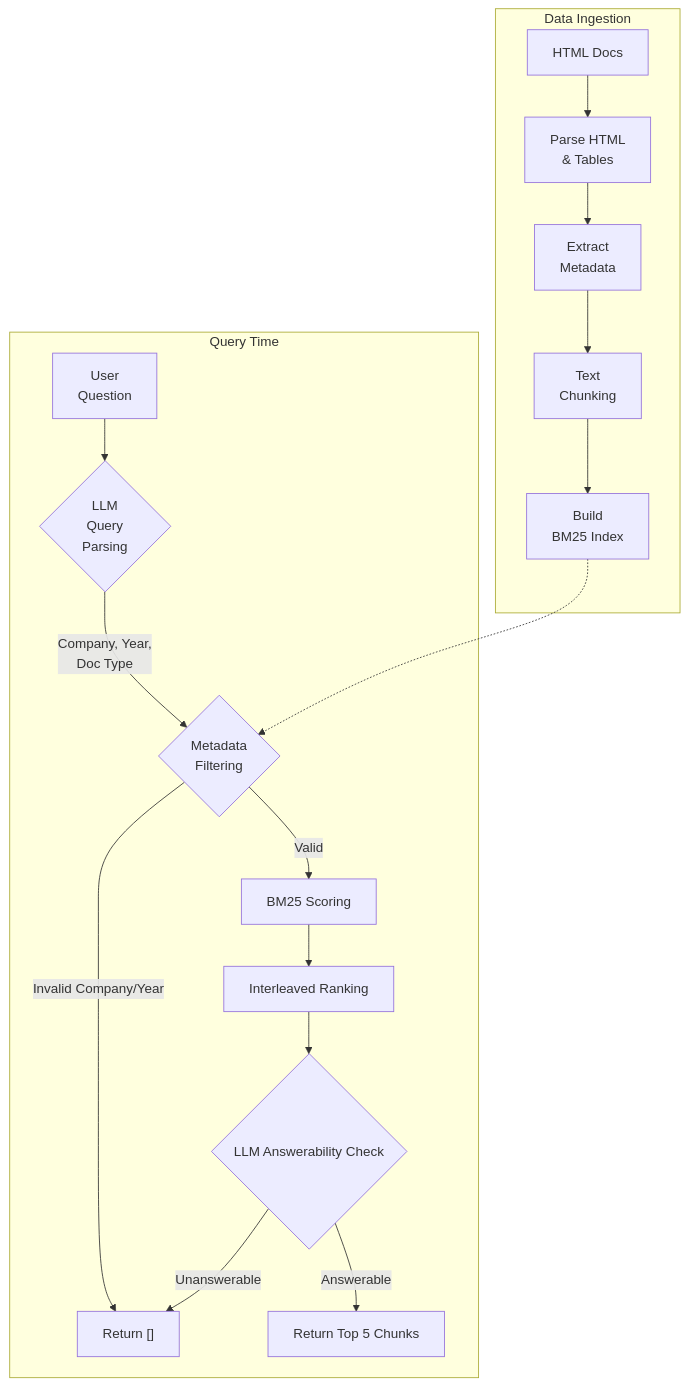
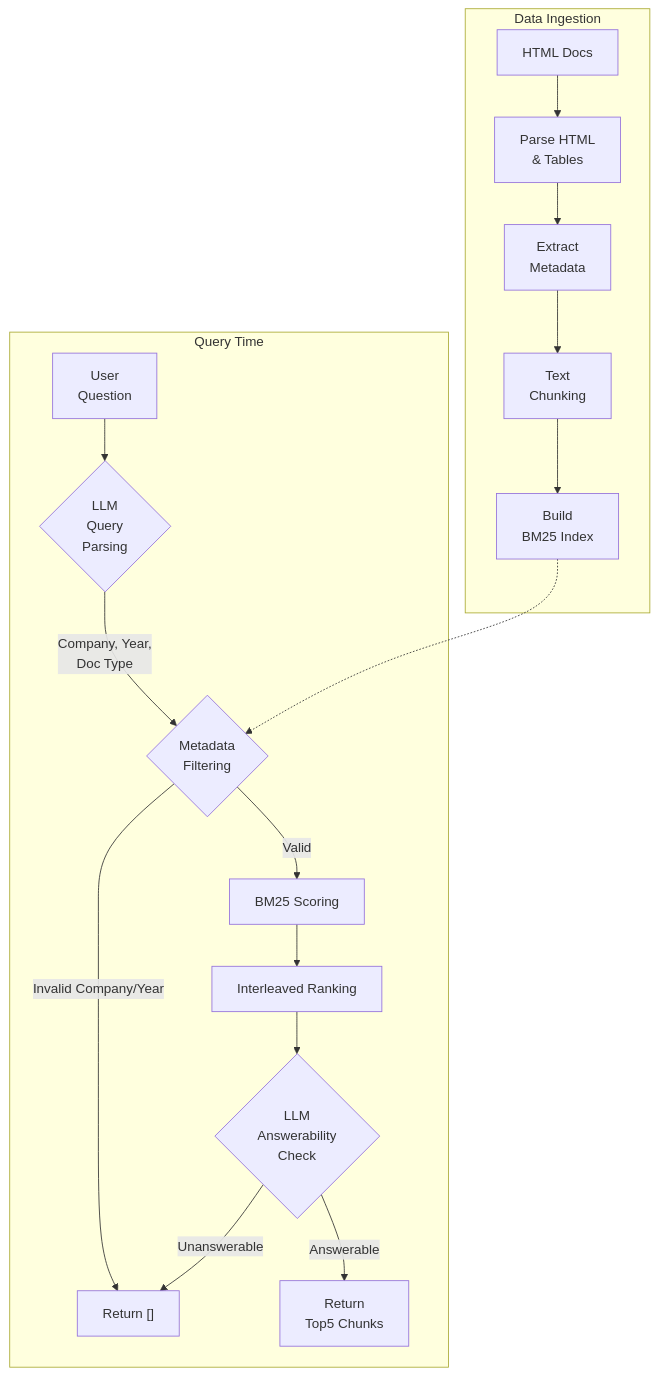
One commit to encounter10086-Candy/FTEC5660-HW4 changed the diagram in README.md. Above: the diagram before and after it, drawn with Mermaid.

````diff
--- a/README.md
+++ b/README.md
@@ -9,24 +9,24 @@
 ```mermaid
 graph TD
     subgraph Data Ingestion
         A["HTML Docs"] --> B["Parse HTML <br>& Tables"]
         B --> C["Extract<br>Metadata"]
         C --> D["Text<br>Chunking"]
         D --> E["Build<br>BM25 Index"]
     end
 
     subgraph Query Time
         F["User<br>Question"] --> G{"LLM<br>Query<br>Parsing"}
         G -->|Company, Year,<br>Doc Type| H{"Metadata<br>Filtering"}
         
         E -.-> H
         H -->|Invalid Company/Year| I["Return []"]
         H -->|Valid| J["BM25 Scoring"]
         
         J --> K["Interleaved Ranking"]
-        K --> L{"LLM Answerability Check"}
+        K --> L{"LLM<br>Answerability<br>Check"}
         
         L -->|Unanswerable| I
-        L -->|Answerable| M["Return Top 5 Chunks"]
+        L -->|Answerable| M["Return<br>Top5 Chunks"]
     end
 ```
````
